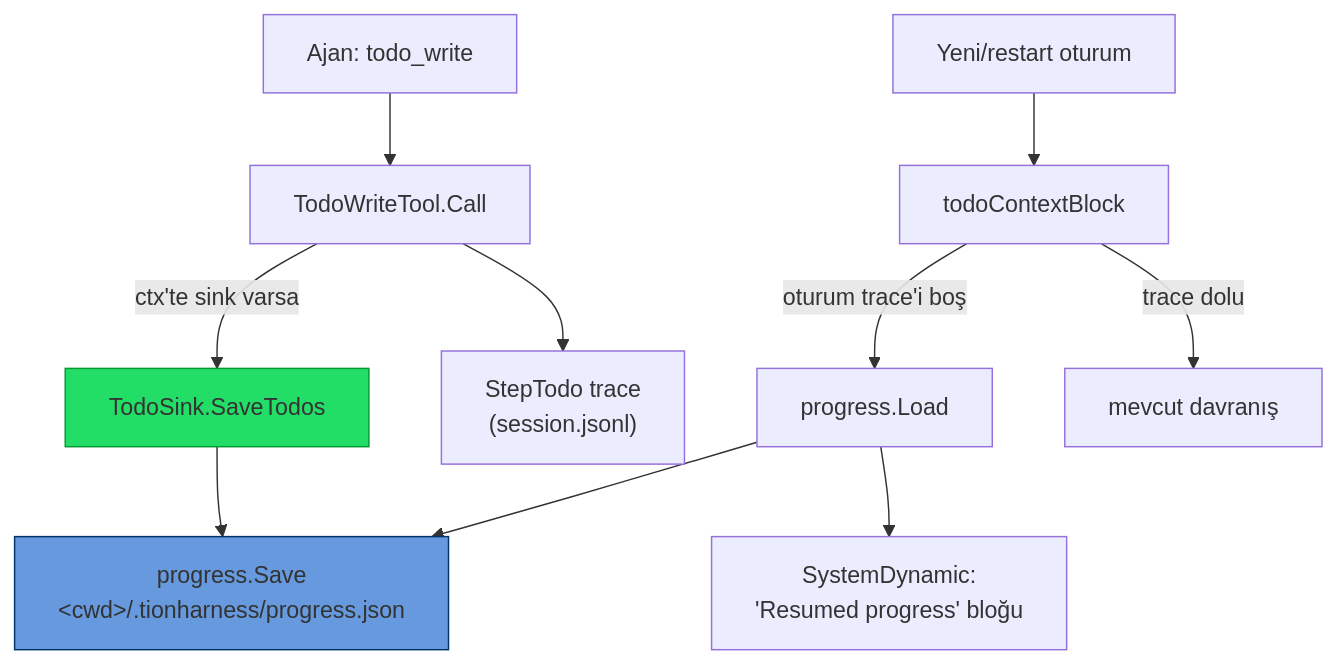
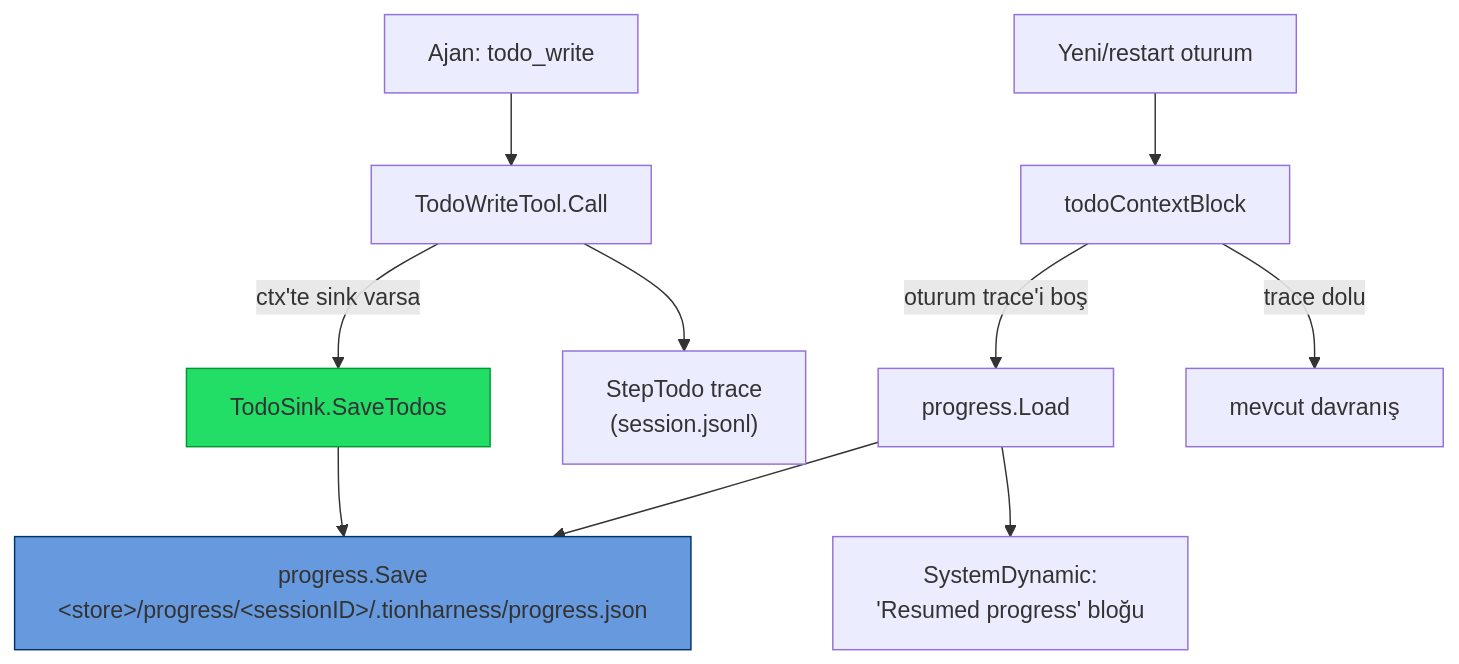
One commit to bilal-arikan/tionharness changed the diagram in _Docs/36-KALICI-ILERLEME.md. Above: the diagram before and after it, drawn with Mermaid. The commit also changed other lines of this file and 101 other files, not shown here.

````diff
--- a/_Docs/36-KALICI-ILERLEME.md
+++ b/_Docs/36-KALICI-ILERLEME.md
@@ -59,14 +55,14 @@
 ```mermaid
 graph TD
     AGENT["Ajan: todo_write"] --> TOOL["TodoWriteTool.Call"]
     TOOL -->|"ctx'te sink varsa"| SINK["TodoSink.SaveTodos"]
-    SINK --> DISK["progress.Save<br/>&lt;cwd&gt;/.tionharness/progress.json"]
+    SINK --> DISK["progress.Save<br/>&lt;store&gt;/progress/&lt;sessionID&gt;/.tionharness/progress.json"]
     TOOL --> STEP["StepTodo trace<br/>(session.jsonl)"]
     FRESH["Yeni/restart oturum"] --> CB["todoContextBlock"]
     CB -->|"oturum trace'i boş"| LOAD["progress.Load"]
     LOAD --> DISK
     LOAD --> INJECT["SystemDynamic:<br/>'Resumed progress' bloğu"]
     CB -->|"trace dolu"| OWN["mevcut davranış"]
     style DISK fill:#69d,stroke:#036
     style SINK fill:#2d6,stroke:#093
 ```
````
